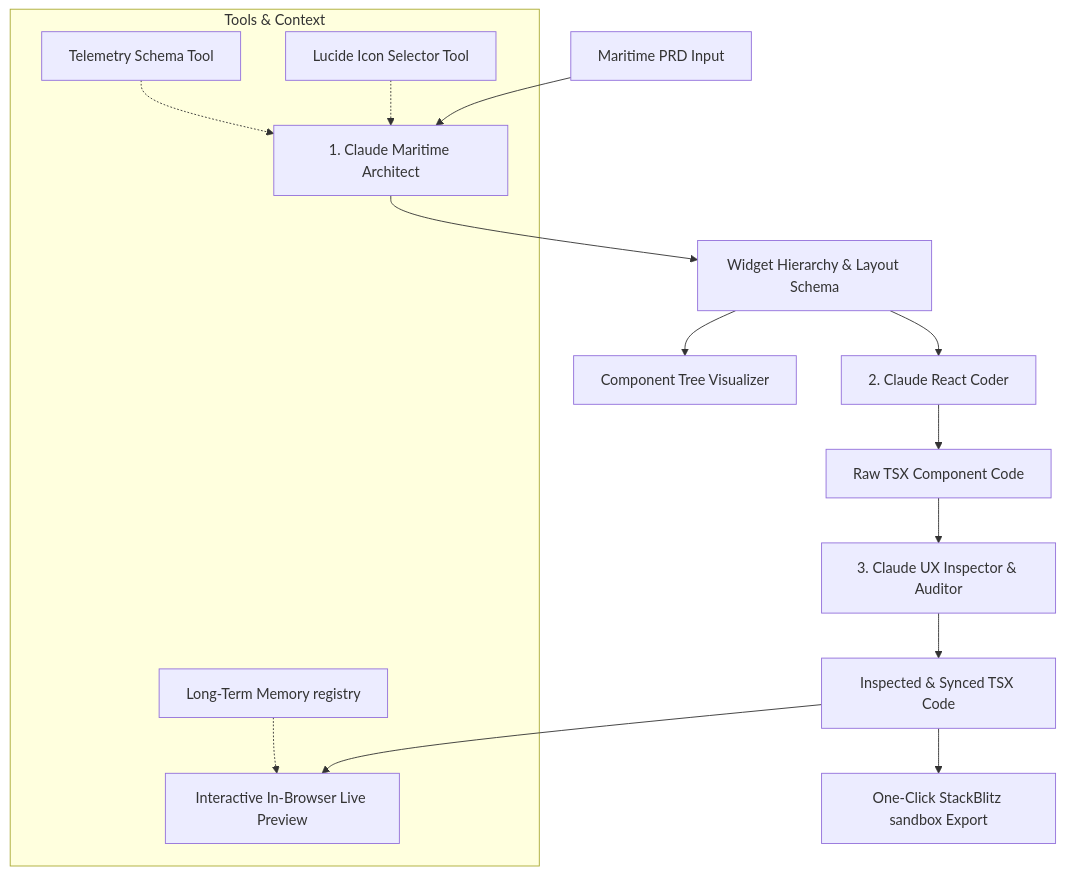
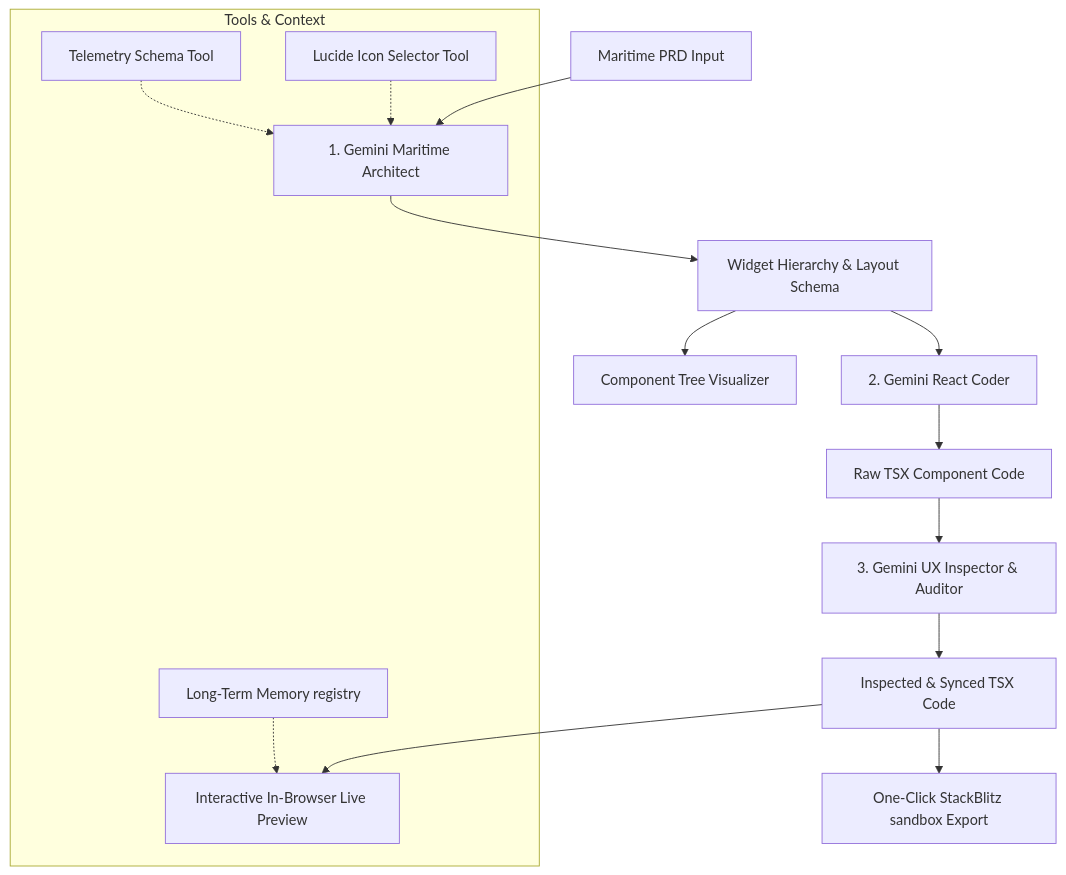
Before and after one commit to jobinjoe/thinkpalm-agent_ai-bridge_view_ai: the diagram in README.md, drawn with Mermaid. The commit also changed other lines of this file and 7 other files, not shown here.

Commit message:
feat: replaced Claude APIs with Google Gemini models

````diff
--- a/README.md
+++ b/README.md
@@ -28,18 +28,18 @@
 ```mermaid
 graph TD
-    PRD[Maritime PRD Input] --> Arch[1. Claude Maritime Architect]
+    PRD[Maritime PRD Input] --> Arch[1. Gemini Maritime Architect]
     Arch --> Schema[Widget Hierarchy & Layout Schema]
     Schema --> CTree[Component Tree Visualizer]
-    Schema --> Coder[2. Claude React Coder]
+    Schema --> Coder[2. Gemini React Coder]
     Coder --> CodeRaw[Raw TSX Component Code]
-    CodeRaw --> Insp[3. Claude UX Inspector & Auditor]
+    CodeRaw --> Insp[3. Gemini UX Inspector & Auditor]
     Insp --> CodeFinal[Inspected & Synced TSX Code]
     CodeFinal --> LivePrev[Interactive In-Browser Live Preview]
     CodeFinal --> StackBlitz[One-Click StackBlitz sandbox Export]
     
     subgraph Tools & Context
         SchemaTool[Telemetry Schema Tool] -.-> Arch
         IconTool[Lucide Icon Selector Tool] -.-> Arch
         Memory[Long-Term Memory registry] -.-> LivePrev
     end
 ```
````
